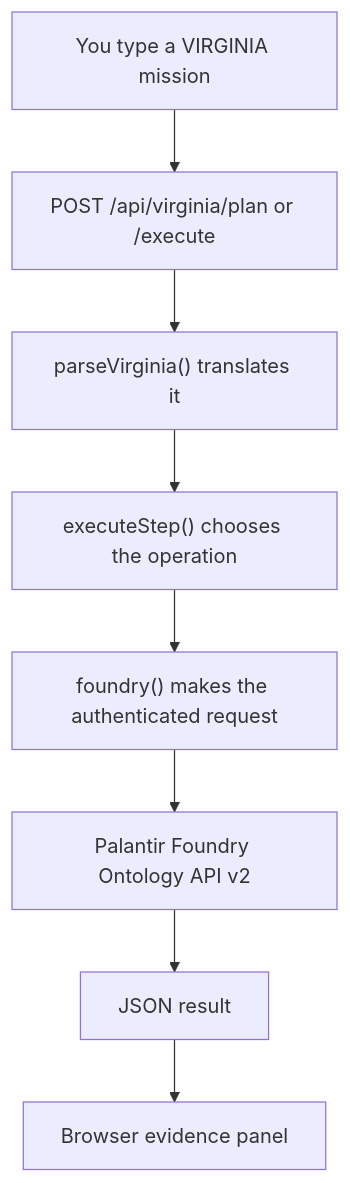
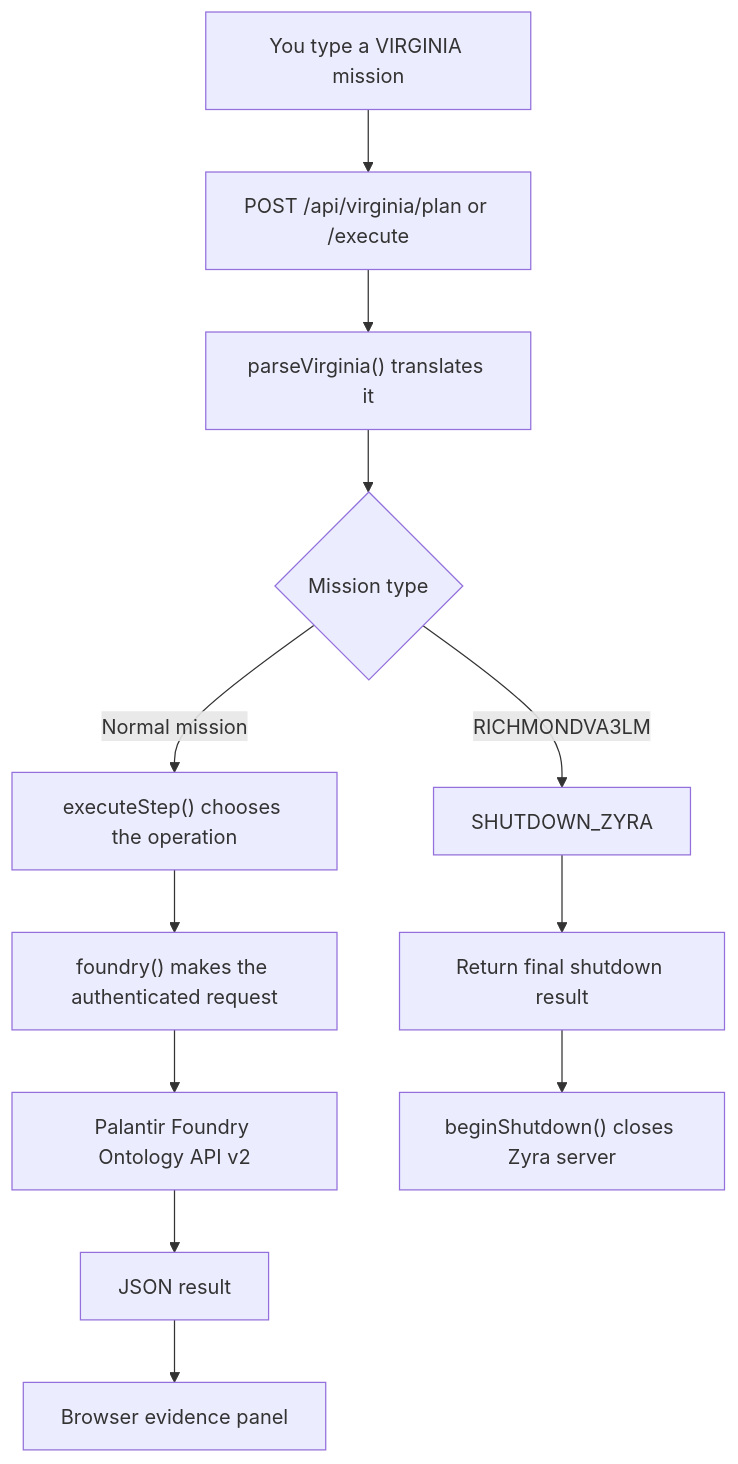
Before and after one commit to sonoxo/zyra: the diagram in README.md, drawn with Mermaid. The commit also changed other lines of this file, not shown here.

Commit message:
docs: teach beginners the RICHMONDVA3LM shutdown command

````diff
--- a/README.md
+++ b/README.md
@@ -185,10 +231,14 @@
 ```mermaid
 flowchart TD
     A["You type a VIRGINIA mission"] --> B["POST /api/virginia/plan or /execute"]
     B --> C["parseVirginia() translates it"]
-    C --> D["executeStep() chooses the operation"]
-    D --> E["foundry() makes the authenticated request"]
-    E --> F["Palantir Foundry Ontology API v2"]
-    F --> G["JSON result"]
-    G --> H["Browser evidence panel"]
+    C --> D{"Mission type"}
+    D -->|Normal mission| E["executeStep() chooses the operation"]
+    E --> F["foundry() makes the authenticated request"]
+    F --> G["Palantir Foundry Ontology API v2"]
+    G --> H["JSON result"]
+    H --> I["Browser evidence panel"]
+    D -->|RICHMONDVA3LM| J["SHUTDOWN_ZYRA"]
+    J --> K["Return final shutdown result"]
+    K --> L["beginShutdown() closes Zyra server"]
 ```
````
